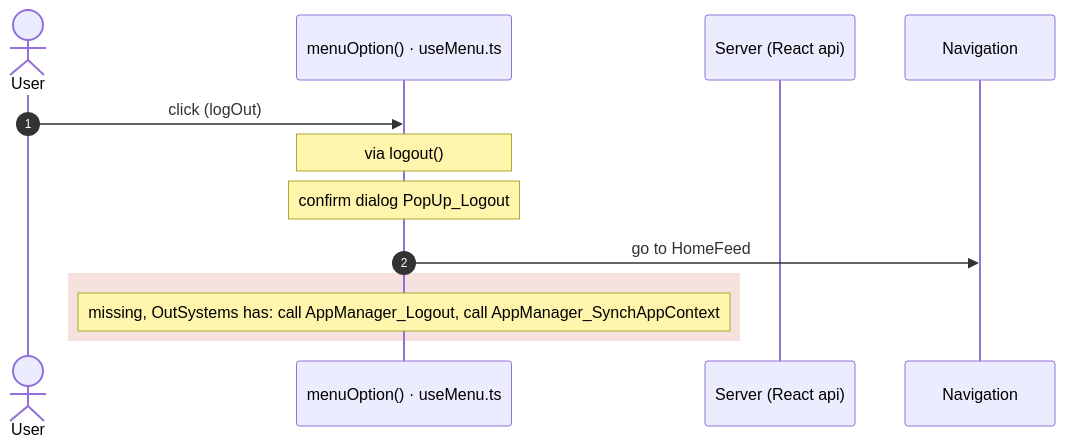
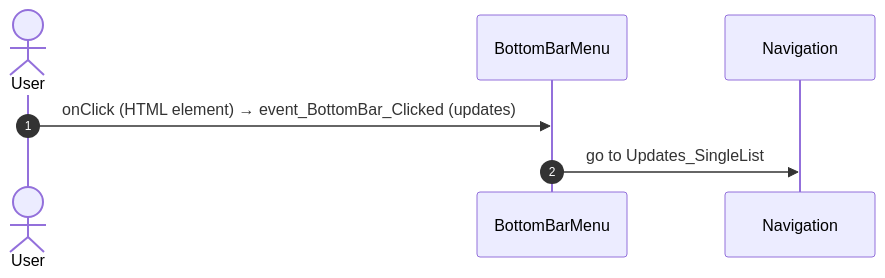
The fourth of 37 diagrams in migration/route-actions/Menu.md (Phoenix-DX/connect-new-ui), drawn with Mermaid before and after one commit. The commit also changed other lines of this file and 9 other files, not shown here.

Commit message:
route actions: facts only; user actions as two independent lists (OutSystems view bindings, React JSX bindings) with Mermaid sequences; factual call columns (direct caller, chains, React references); app shell by definition (survey shell, main.tsx code); constants read for React paths

````diff
--- a/migration/route-actions/Menu.md
+++ b/migration/route-actions/Menu.md
@@ -177,15 +150,9 @@
 ```mermaid
 sequenceDiagram
   autonumber
   actor U as User
-  participant H as menuOption() · useMenu.ts
-  participant A as Server (React api)
+  participant B as BottomBarMenu
   participant N as Navigation
-  U->>H: click (logOut)
-  Note over H: via logout()
-  Note over H: confirm dialog PopUp_Logout
-  H->>N: go to HomeFeed
-  rect rgba(192, 57, 43, 0.15)
-  Note over H: missing, OutSystems has: call AppManager_Logout, call AppManager_SynchAppContext
-  end
+  U->>B: onClick (HTML element) → event_BottomBar_Clicked (updates)
+  B->>N: go to Updates_SingleList
 ```
````
